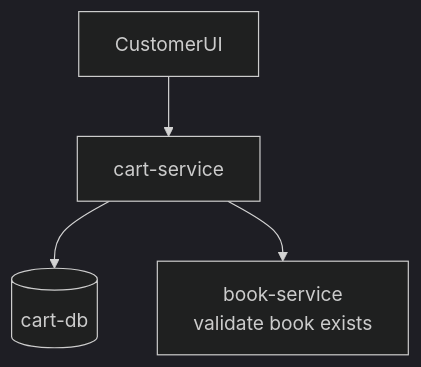
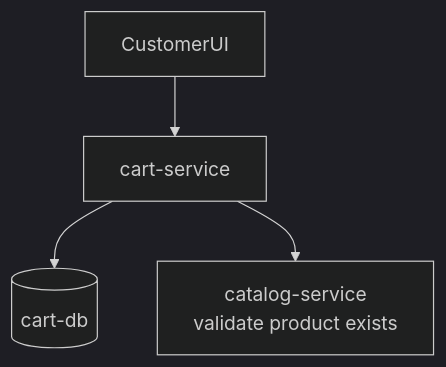
One commit to nkokmit/HTN changed the fifth of 13 diagrams in docs/architecture-diagrams.md. Above: the diagram before and after it, drawn with Mermaid (dark theme). The commit also changed other lines of this file and 194 other files, not shown here.

````diff
--- a/docs/architecture-diagrams.md
+++ b/docs/architecture-diagrams.md
@@ -70,6 +68,6 @@
 ```mermaid
 flowchart TD
     CustomerUI --> CartAPI[cart-service]
     CartAPI --> CartDB[(cart-db)]
-    CartAPI --> BookAPI[book-service\nvalidate book exists]
+    CartAPI --> BookAPI[catalog-service\nvalidate product exists]
 ```
````
